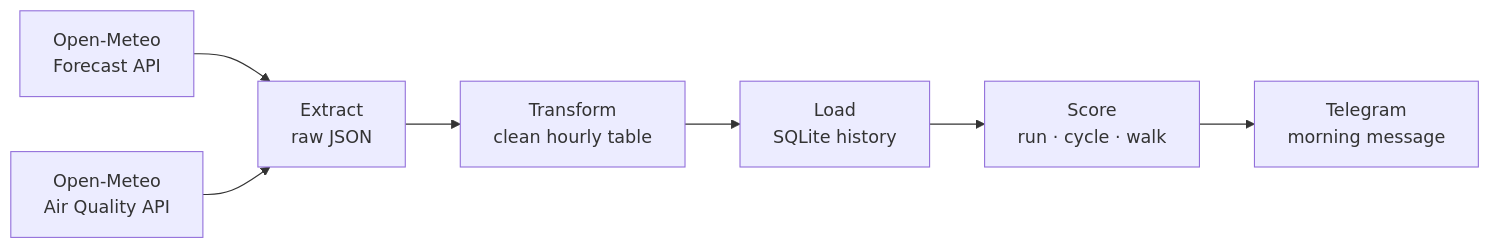
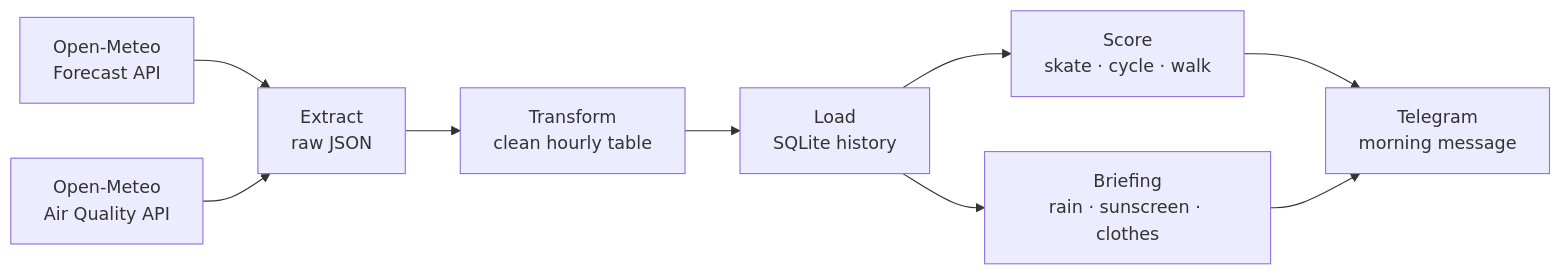
The diagram in README.md (ammar-alsharai/WeatherWise), drawn with Mermaid before and after one commit. The commit also changed other lines of this file, not shown here.

Commit message:
Update README with morning briefing and skating

````diff
--- a/README.md
+++ b/README.md
@@ -22,9 +28,11 @@
 ```mermaid
 flowchart LR
     A[Open-Meteo<br/>Forecast API] --> C[Extract<br/>raw JSON]
     B[Open-Meteo<br/>Air Quality API] --> C
     C --> D[Transform<br/>clean hourly table]
     D --> E[Load<br/>SQLite history]
-    E --> F[Score<br/>run · cycle · walk]
+    E --> F[Score<br/>skate · cycle · walk]
+    E --> H[Briefing<br/>rain · sunscreen · clothes]
     F --> G[Telegram<br/>morning message]
+    H --> G
 ```
````
